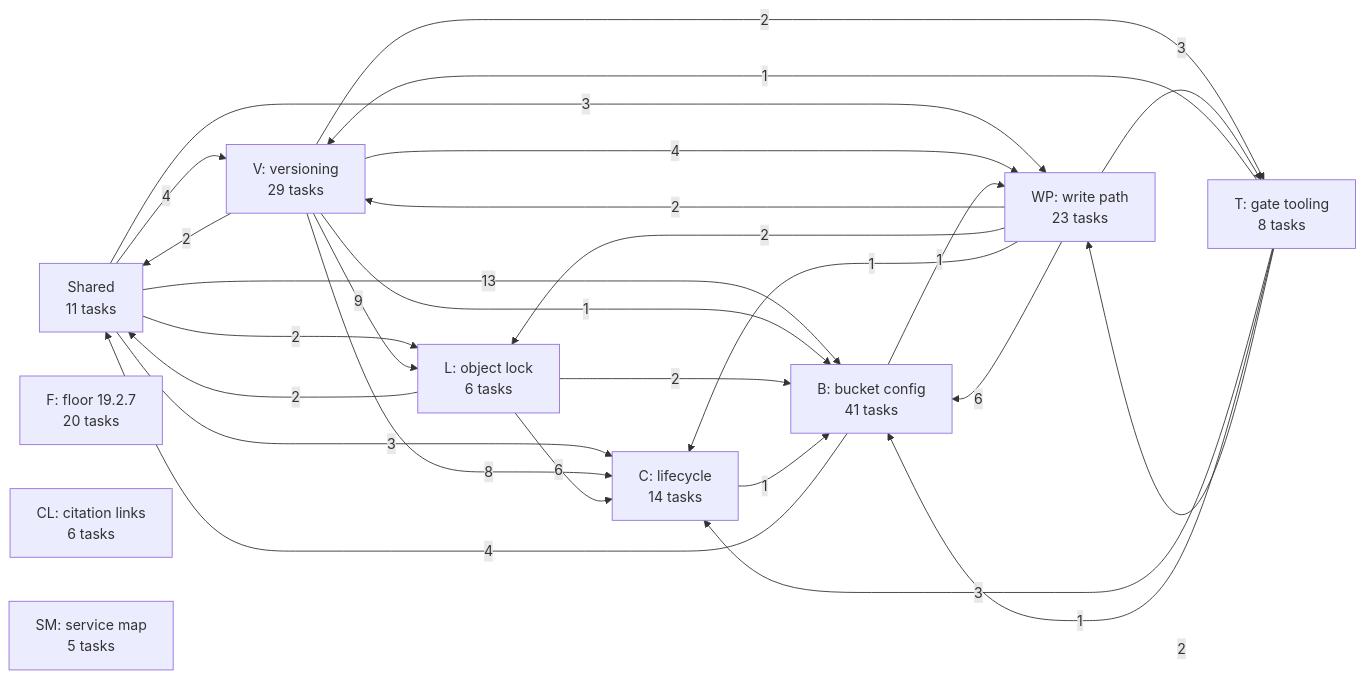
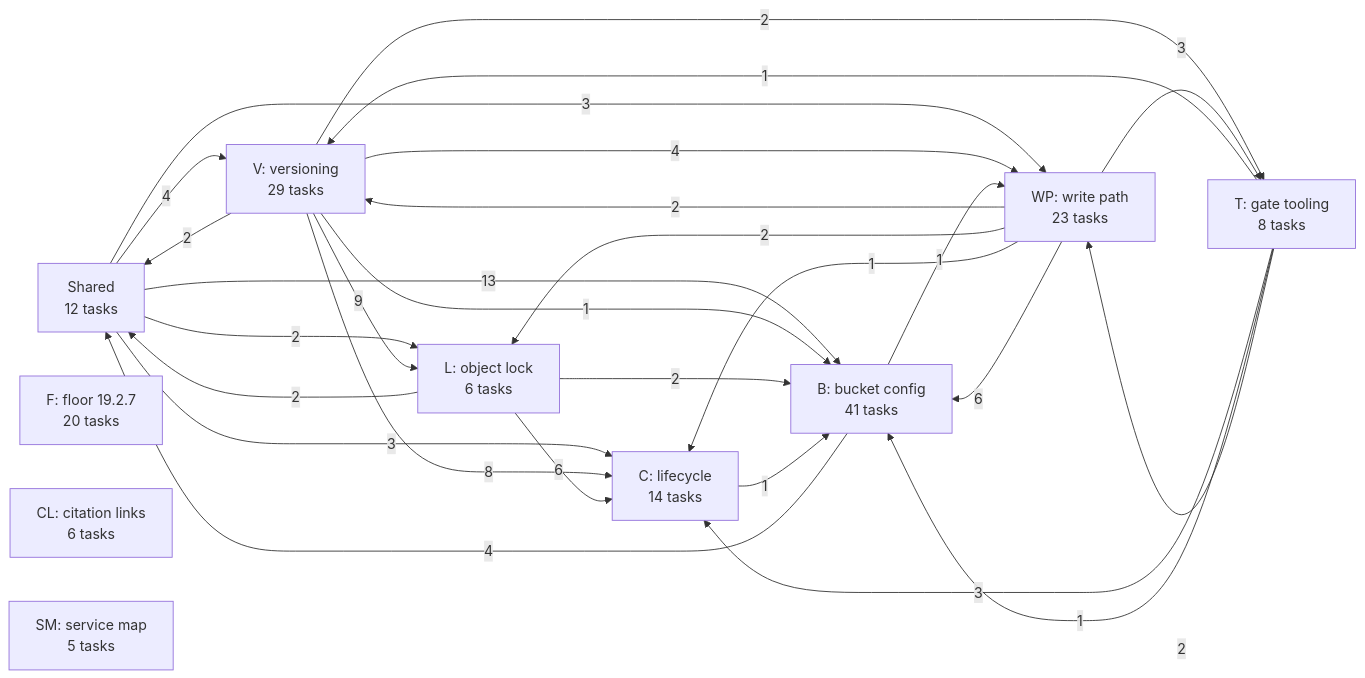
One commit to jhoblitt/rgw-go changed the first of 11 diagrams in docs/superpowers/plans/2026-10-13-phase-2/dependencies.md. Above: the diagram before and after it, drawn with Mermaid. The commit also changed other lines of this file and 1 other file, not shown here.

First line of the commit message:
docs(plan): add shared task S12 from S8's adversarial review

````diff
--- a/docs/superpowers/plans/2026-10-13-phase-2/dependencies.md
+++ b/docs/superpowers/plans/2026-10-13-phase-2/dependencies.md
@@ -13,39 +13,39 @@
 ```mermaid
 flowchart LR
-  u_S["Shared<br/>11 tasks"]
+  u_S["Shared<br/>12 tasks"]
   u_F["F: floor 19.2.7<br/>20 tasks"]
   u_V["V: versioning<br/>29 tasks"]
   u_L["L: object lock<br/>6 tasks"]
   u_C["C: lifecycle<br/>14 tasks"]
   u_B["B: bucket config<br/>41 tasks"]
   u_WP["WP: write path<br/>23 tasks"]
   u_T["T: gate tooling<br/>8 tasks"]
   u_CL["CL: citation links<br/>6 tasks"]
   u_SM["SM: service map<br/>5 tasks"]
   u_S -->|4| u_V
   u_S -->|2| u_L
   u_S -->|3| u_C
   u_S -->|13| u_B
   u_S -->|3| u_WP
   u_V -->|2| u_S
   u_V -->|9| u_L
   u_V -->|8| u_C
   u_V -->|1| u_B
   u_V -->|4| u_WP
   u_V -->|2| u_T
   u_L -->|6| u_C
   u_L -->|2| u_B
   u_L -->|2| u_S
   u_C -->|1| u_B
   u_B -->|4| u_S
   u_B -->|1| u_WP
   u_WP -->|2| u_V
   u_WP -->|2| u_L
   u_WP -->|1| u_C
   u_WP -->|6| u_B
   u_WP -->|3| u_T
   u_T -->|1| u_V
   u_T -->|3| u_C
   u_T -->|1| u_B
   u_T -->|2| u_WP
 ```
````
